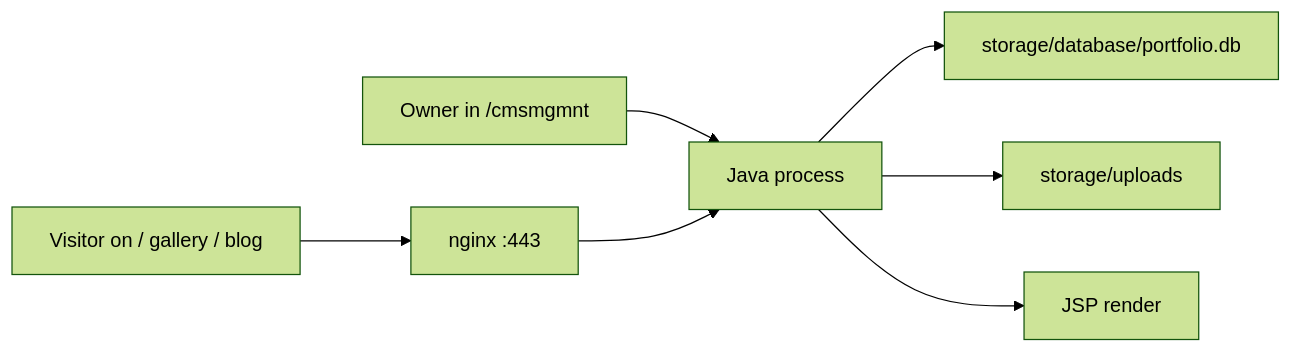
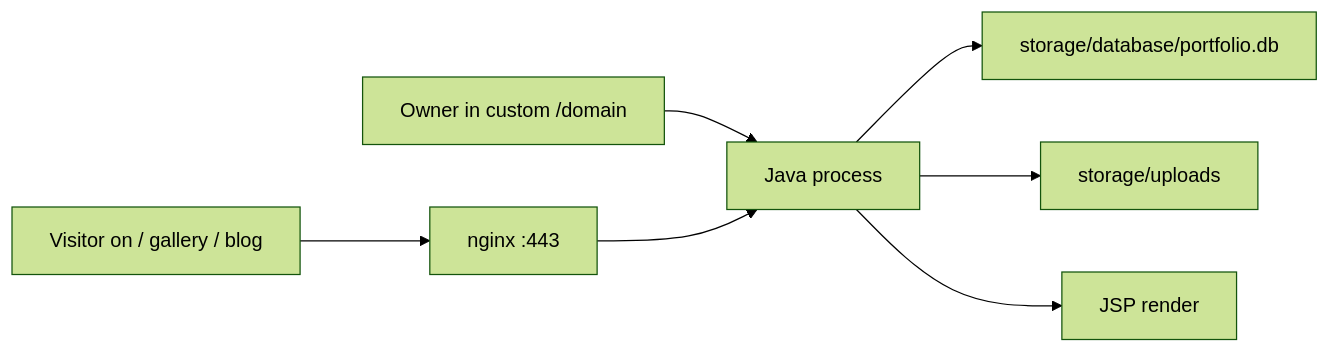
Before and after one commit to Coffet/PersonalPortfolioWebsite: the diagram in README.md, drawn with Mermaid (forest theme). The commit also changed other lines of this file, not shown here.

````diff
--- a/README.md
+++ b/README.md
@@ -113,9 +113,9 @@
 ```mermaid
 flowchart LR
-  Owner["Owner in /cmsmgmnt"] --> War["Java process"]
+  Owner["Owner in custom /domain"] --> War["Java process"]
   War --> Db["storage/database/portfolio.db"]
   War --> Files["storage/uploads"]
   Visitor["Visitor on / gallery / blog"] --> Nginx["nginx :443"]
   Nginx --> War
   War --> Jsp["JSP render"]
 ```
````
